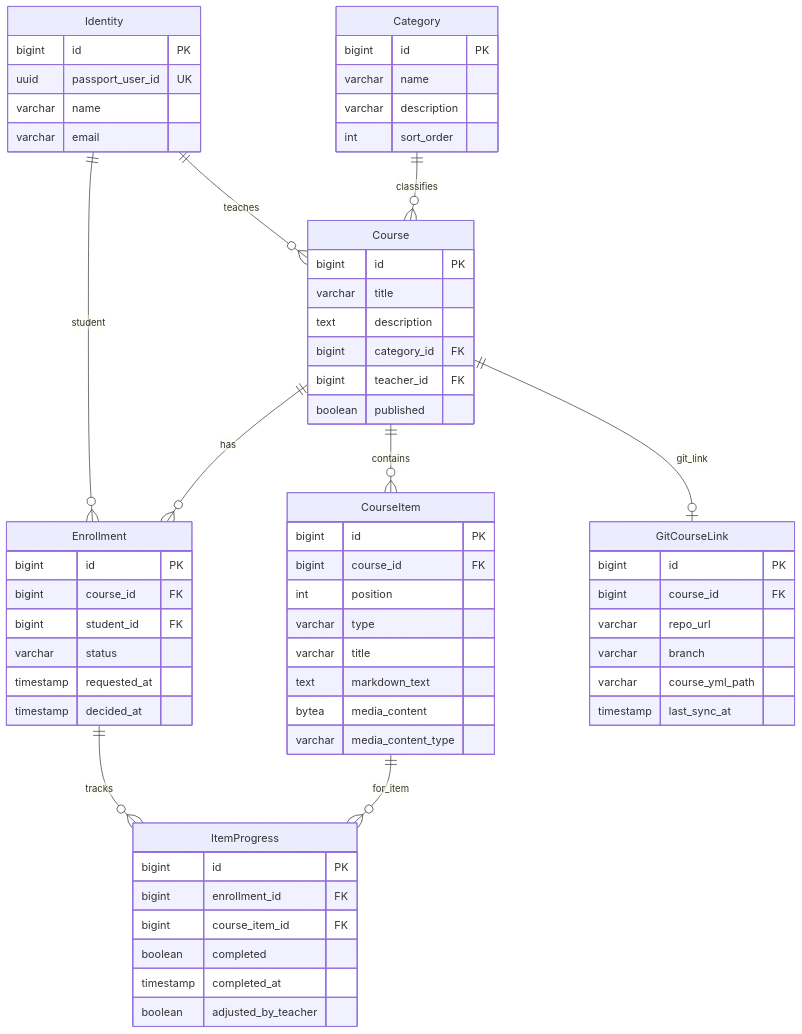
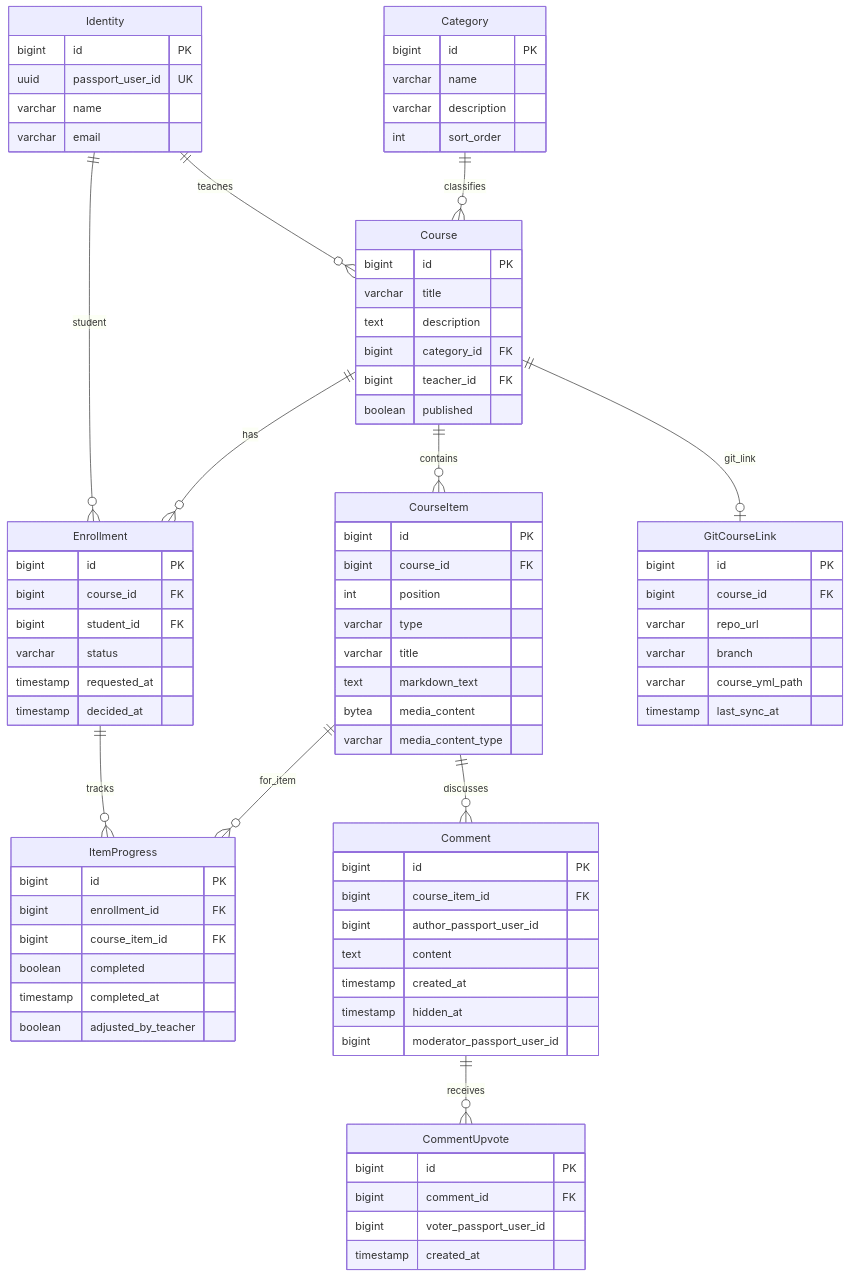
The second of 2 diagrams in docs/domain-specification.md (vepo/cursos), drawn with Mermaid before and after one commit. The commit also changed other lines of this file and 224 other files, not shown here.

````diff
--- a/docs/domain-specification.md
+++ b/docs/domain-specification.md
@@ -223,6 +282,21 @@
         timestamp completed_at
         boolean adjusted_by_teacher
     }
+    Comment {
+        bigint id PK
+        bigint course_item_id FK
+        bigint author_passport_user_id
+        text content
+        timestamp created_at
+        timestamp hidden_at
+        bigint moderator_passport_user_id
+    }
+    CommentUpvote {
+        bigint id PK
+        bigint comment_id FK
+        bigint voter_passport_user_id
+        timestamp created_at
+    }
     GitCourseLink {
         bigint id PK
         bigint course_id FK
@@ -239,5 +313,7 @@
     Course ||--o{ Enrollment : has
     Enrollment ||--o{ ItemProgress : tracks
     CourseItem ||--o{ ItemProgress : for_item
+    CourseItem ||--o{ Comment : discusses
+    Comment ||--o{ CommentUpvote : receives
     Course ||--o| GitCourseLink : git_link
 ```
````
